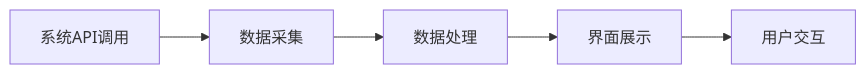
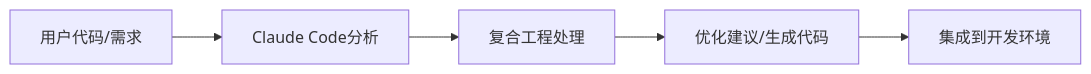
One commit to wayyoungboy/github-trending-reporter changed the third of 8 diagrams in reports/2026/01/2026-01-21.md. Above: the diagram before and after it, drawn with Mermaid. The commit also changed other lines of this file and 1 other file, not shown here.

````diff
--- a/reports/2026/01/2026-01-21.md
+++ b/reports/2026/01/2026-01-21.md
@@ -158,7 +167,7 @@
 ```mermaid
 graph LR
-    A[系统API调用] --> B[数据采集]
-    B --> C[数据处理]
-    C --> D[界面展示]
-    D --> E[用户交互]
+    A[用户代码/需求] --> B[Claude Code分析]
+    B --> C[复合工程处理]
+    C --> D[优化建议/生成代码]
+    D --> E[集成到开发环境]
 ```
````
